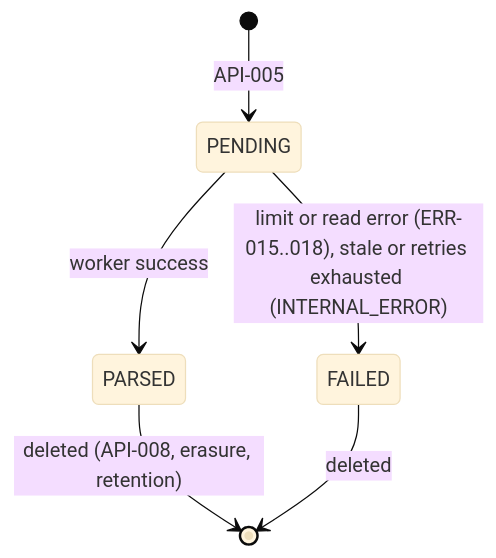
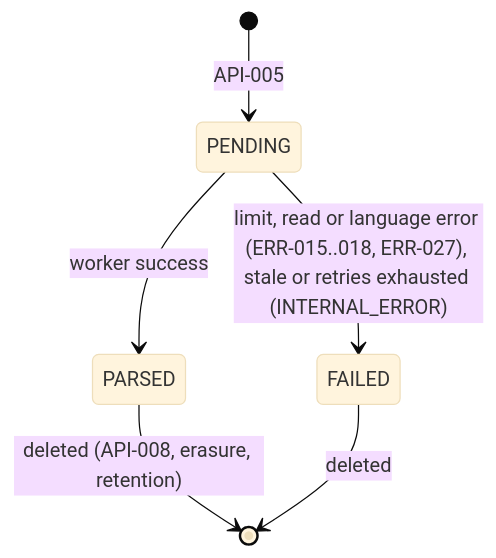
The eighth of 10 diagrams in neeraj/spec.md (divii-school/spec-homework), drawn with Mermaid (base theme) before and after one commit. The commit also changed other lines of this file, not shown here.

Commit message:
add resume limit, script check at parse, exact error bodies, test fixtures and grievance erasure (v0.9)

````diff
--- a/neeraj/spec.md
+++ b/neeraj/spec.md
@@ -948,8 +971,8 @@
 ```mermaid
 stateDiagram-v2
   [*] --> PENDING: API-005
   PENDING --> PARSED: worker success
-  PENDING --> FAILED: limit or read error (ERR-015..018), stale or retries exhausted (INTERNAL_ERROR)
+  PENDING --> FAILED: limit, read or language error (ERR-015..018, ERR-027), stale or retries exhausted (INTERNAL_ERROR)
   PARSED --> [*]: deleted (API-008, erasure, retention)
   FAILED --> [*]: deleted
 ```
````
